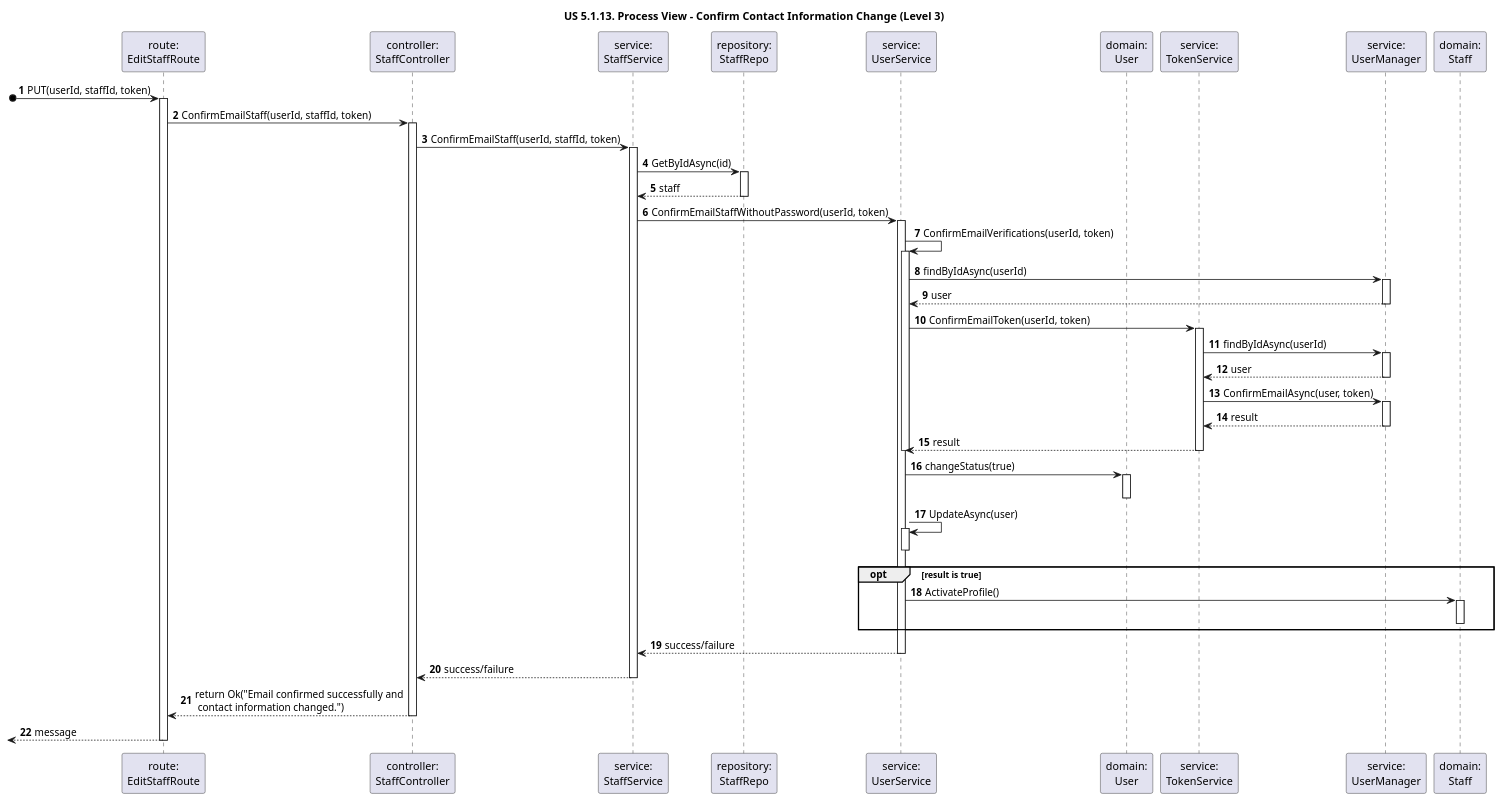
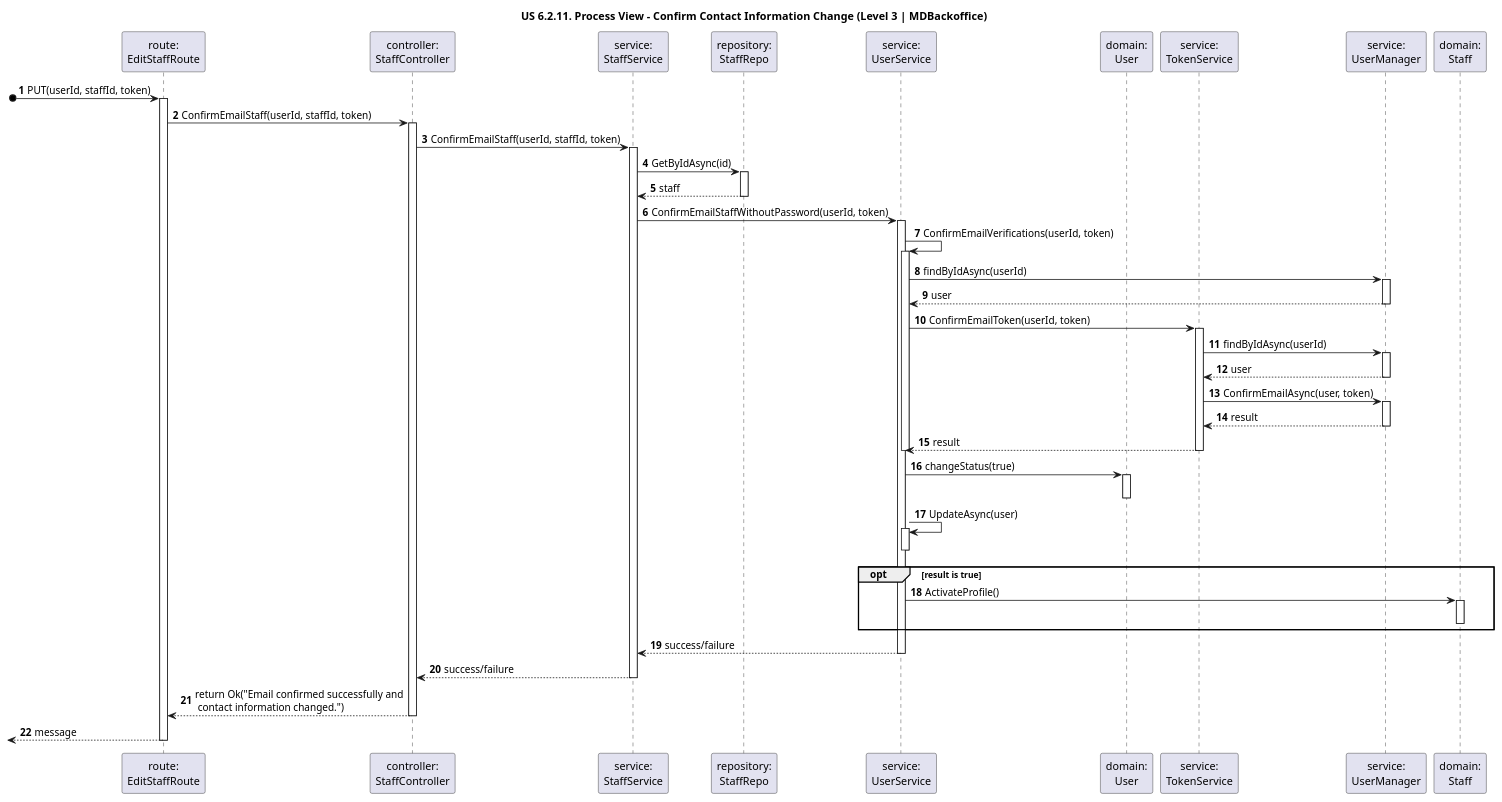
The diagram in docs/sprint-2/1221933/us-6.2.11/diagrams/n3/process-view-nivel3-confirmEmail.puml (rita-barbosa/LAPR5-2425), drawn with PlantUML before and after one commit. The commit also changed 11 other files, not shown here.

Commit message:
DG38-337 | docs: adds process view of design.

```diff
--- a/docs/sprint-2/1221933/us-6.2.11/diagrams/n3/process-view-nivel3-confirmEmail.puml
+++ b/docs/sprint-2/1221933/us-6.2.11/diagrams/n3/process-view-nivel3-confirmEmail.puml
@@ -1,98 +1,98 @@
 @startuml
 'https://plantuml.com/sequence-diagram
 
-title "US 5.1.13. Process View - Confirm Contact Information Change (Level 3)"
+title "US 6.2.11. Process View - Confirm Contact Information Change (Level 3 | MDBackoffice)"
 
 autonumber
 
 participant "route:\nEditStaffRoute" as ROUTE
 participant "controller:\nStaffController" as CTRL
 
 participant "service:\nStaffService" as SER
 participant "repository:\nStaffRepo" as REPO
 participant "service:\nUserService" as UserServ
 participant "domain:\nUser" as USER
 participant "service:\nTokenService" as TOKENServ
 participant "service:\nUserManager" as UserMan
 
 
 participant "domain:\nStaff" as Staff
 
 
 [o-> ROUTE : PUT(userId, staffId, token)
 activate ROUTE
 
 ROUTE -> CTRL : ConfirmEmailStaff(userId, staffId, token)
 activate CTRL
 
 CTRL -> SER : ConfirmEmailStaff(userId, staffId, token)
 activate SER
 
 SER -> REPO : GetByIdAsync(id)
 activate REPO
 
 REPO --> SER : staff
 deactivate REPO
 
 
 SER -> UserServ : ConfirmEmailStaffWithoutPassword(userId, token)
 activate UserServ
 
 UserServ -> UserServ : ConfirmEmailVerifications(userId, token)
 activate UserServ
 
 UserServ -> UserMan : findByIdAsync(userId)
 activate UserMan
 
 UserMan --> UserServ : user
 deactivate UserMan
 
 UserServ -> TOKENServ : ConfirmEmailToken(userId, token)
 activate TOKENServ
 
 TOKENServ -> UserMan : findByIdAsync(userId)
 activate UserMan
 
 UserMan --> TOKENServ : user
 deactivate UserMan
 
 TOKENServ -> UserMan : ConfirmEmailAsync(user, token)
 activate UserMan
 
 UserMan --> TOKENServ : result
 deactivate UserMan
 
 TOKENServ --> UserServ : result
 deactivate TOKENServ
 deactivate UserServ
 
 UserServ -> USER : changeStatus(true)
 activate USER
 deactivate USER
 
 UserServ -> UserServ : UpdateAsync(user)
 activate UserServ
 deactivate UserServ
 
 opt result is true
 UserServ -> Staff : ActivateProfile()
 activate Staff
 deactivate Staff
 
 end opt
 
 UserServ --> SER : success/failure
 deactivate UserServ
 
 SER --> CTRL : success/failure
 deactivate SER
 
 CTRL --> ROUTE : return Ok("Email confirmed successfully and\n contact information changed.")
 deactivate CTRL
 
 <-- ROUTE : message
 deactivate ROUTE
 
 
 
 @enduml
```
